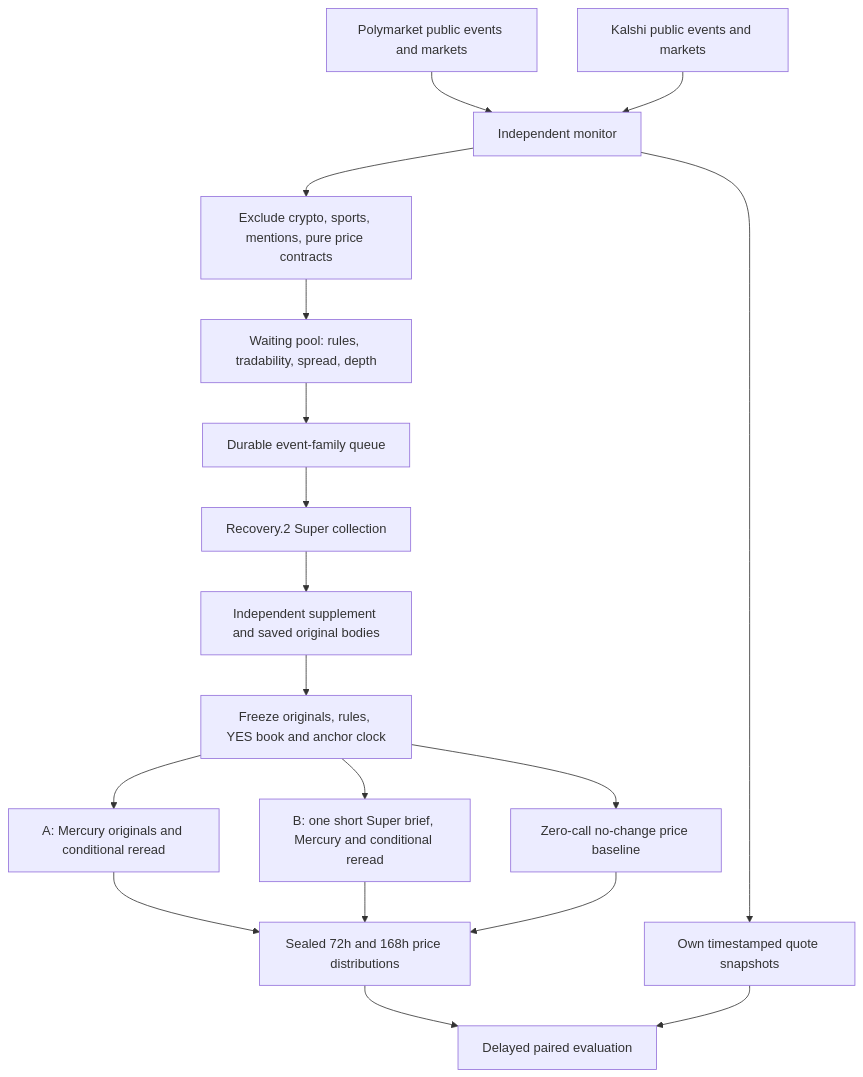
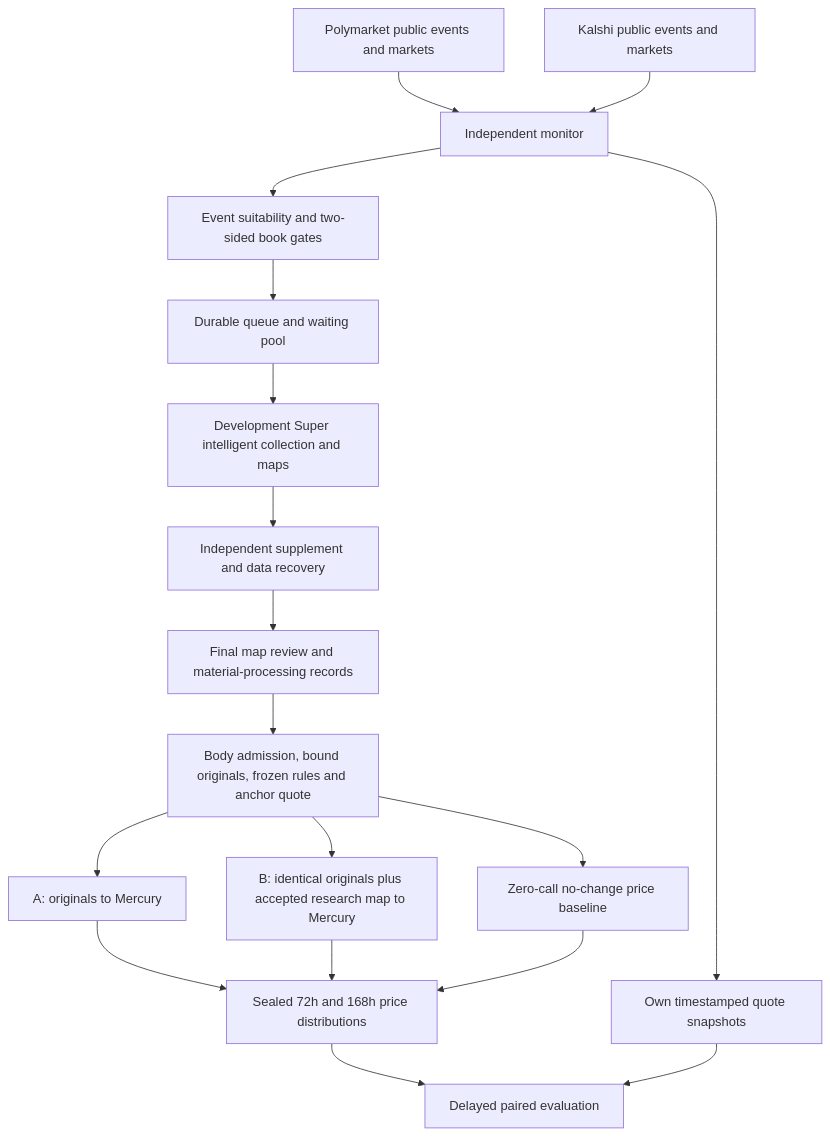
One commit to chenencc/futureeval-forecasting-agent changed the diagram in ForecastAgent/market_repricing/README.md. Above: the diagram before and after it, drawn with Mermaid. The commit also changed other lines of this file and 13 other files, not shown here.

Commit message:
Use latest development intelligence and mapped Mercury scoring for repricing

````diff
--- a/ForecastAgent/market_repricing/README.md
+++ b/ForecastAgent/market_repricing/README.md
@@ -30,20 +34,20 @@
 ```mermaid
 flowchart TD
   P[Polymarket public events and markets] --> M[Independent monitor]
   K[Kalshi public events and markets] --> M
-  M --> S[Exclude crypto, sports, mentions, pure price contracts]
-  S --> W[Waiting pool: rules, tradability, spread, depth]
-  W --> Q[Durable event-family queue]
-  Q --> C[Recovery.2 Super collection]
-  C --> R[Independent supplement and saved original bodies]
-  R --> F[Freeze originals, rules, YES book and anchor clock]
-  F --> A[A: Mercury originals and conditional reread]
-  F --> B[B: one short Super brief, Mercury and conditional reread]
+  M --> S[Event suitability and two-sided book gates]
+  S --> Q[Durable queue and waiting pool]
+  Q --> C[Development Super intelligent collection and maps]
+  C --> R[Independent supplement and data recovery]
+  R --> G[Final map review and material-processing records]
+  G --> F[Body admission, bound originals, frozen rules and anchor quote]
+  F --> A[A: originals to Mercury]
+  F --> B[B: identical originals plus accepted research map to Mercury]
   F --> N[Zero-call no-change price baseline]
   A --> Z[Sealed 72h and 168h price distributions]
   B --> Z
   N --> Z
   M --> L[Own timestamped quote snapshots]
   Z --> E[Delayed paired evaluation]
   L --> E
 ```
````
